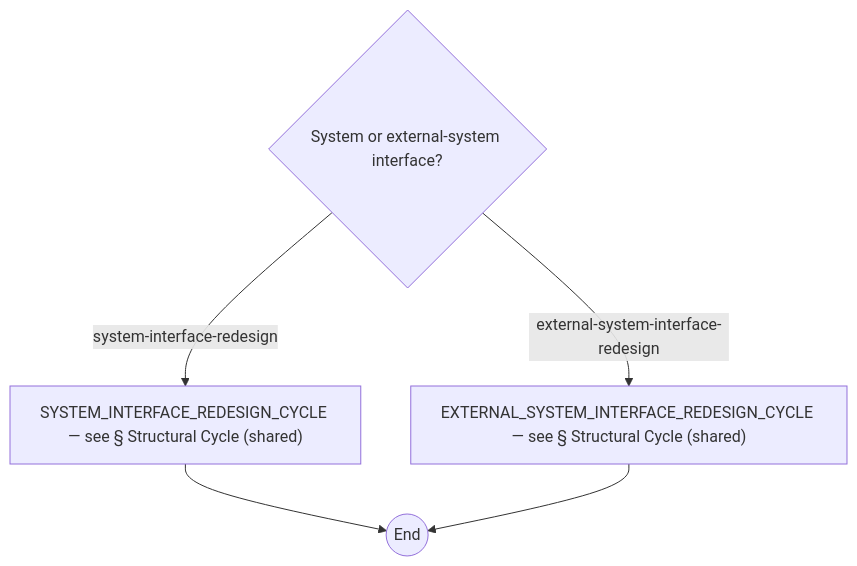
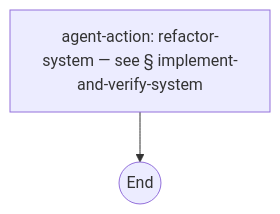
Before and after one commit to optivem/gh-optivem: diagram 11 of 51 in docs/process-diagram.md, drawn with Mermaid. The commit also changed other lines of this file and 13 other files, not shown here.

````diff
--- a/docs/process-diagram.md
+++ b/docs/process-diagram.md
@@ -435,12 +201,7 @@
 ```mermaid
 flowchart TD
-    DA_END((End))
-    EXTERNAL_SYSTEM_INTERFACE_REDESIGN_CYCLE["EXTERNAL_SYSTEM_INTERFACE_REDESIGN_CYCLE — see § Structural Cycle (shared)"]
-    GATE_CHANGE_TYPE_DA{System or external-system interface?}
-    SYSTEM_INTERFACE_REDESIGN_CYCLE["SYSTEM_INTERFACE_REDESIGN_CYCLE — see § Structural Cycle (shared)"]
+    IMPLEMENT_AND_VERIFY_SYSTEM[agent-action: refactor-system — see § implement-and-verify-system]
+    REFACTOR_SYSTEM_STRUCTURE_END((End))
 
-    GATE_CHANGE_TYPE_DA -- system-interface-redesign --> SYSTEM_INTERFACE_REDESIGN_CYCLE
-    GATE_CHANGE_TYPE_DA -- external-system-interface-redesign --> EXTERNAL_SYSTEM_INTERFACE_REDESIGN_CYCLE
-    SYSTEM_INTERFACE_REDESIGN_CYCLE --> DA_END
-    EXTERNAL_SYSTEM_INTERFACE_REDESIGN_CYCLE --> DA_END
+    IMPLEMENT_AND_VERIFY_SYSTEM --> REFACTOR_SYSTEM_STRUCTURE_END
 ```
````
